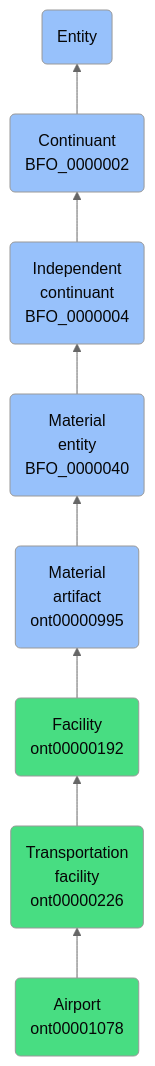
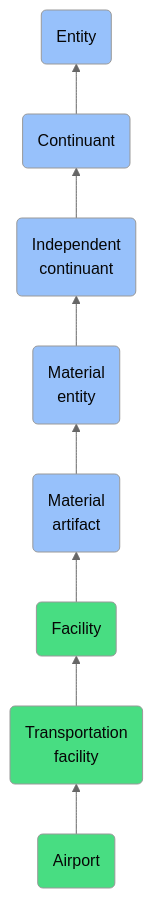
One commit to jupyter-naas/abi changed the diagram in docs/ontology/reference/model/Entity/Continuant/Independent continuant/Material entity/Material artifact/Facility/Transportation facility/Airport/Airport.md. Above: the diagram before and after it, drawn with Mermaid (neutral theme). The commit also changed other lines of this file and 1430 other files, not shown here.

````diff
--- a/docs/ontology/reference/model/Entity/Continuant/Independent continuant/Material entity/Material artifact/Facility/Transportation facility/Airport/Airport.md
+++ b/docs/ontology/reference/model/Entity/Continuant/Independent continuant/Material entity/Material artifact/Facility/Transportation facility/Airport/Airport.md
@@ -24,15 +24,15 @@
 ```mermaid
 graph BT
-    ont00001078(Airport<br>ont00001078):::ABI-->ont00000226
-    ont00000226(Transportation<br>facility<br>ont00000226):::ABI-->ont00000192
-    ont00000192(Facility<br>ont00000192):::ABI-->ont00000995
-    ont00000995(Material<br>artifact<br>ont00000995):::BFO-->BFO_0000040
-    BFO_0000040(Material<br>entity<br>BFO_0000040):::BFO-->BFO_0000004
-    BFO_0000004(Independent<br>continuant<br>BFO_0000004):::BFO-->BFO_0000002
-    BFO_0000002(Continuant<br>BFO_0000002):::BFO-->BFO_0000001
+    ont00001078(Airport):::ABI-->ont00000226
+    ont00000226(Transportation<br>facility):::ABI-->ont00000192
+    ont00000192(Facility):::ABI-->ont00000995
+    ont00000995(Material<br>artifact):::BFO-->BFO_0000040
+    BFO_0000040(Material<br>entity):::BFO-->BFO_0000004
+    BFO_0000004(Independent<br>continuant):::BFO-->BFO_0000002
+    BFO_0000002(Continuant):::BFO-->BFO_0000001
     BFO_0000001(Entity):::BFO
     
     classDef BFO fill:#97c1fb,color:#060606
     classDef CCO fill:#e4c51e,color:#060606
     classDef ABI fill:#48DD82,color:#060606
 ```
````
